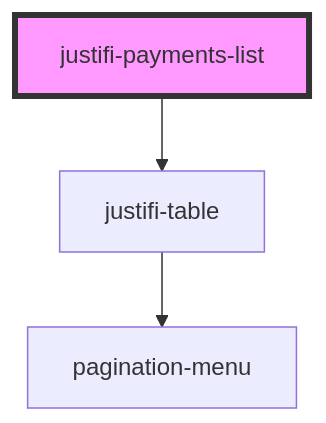
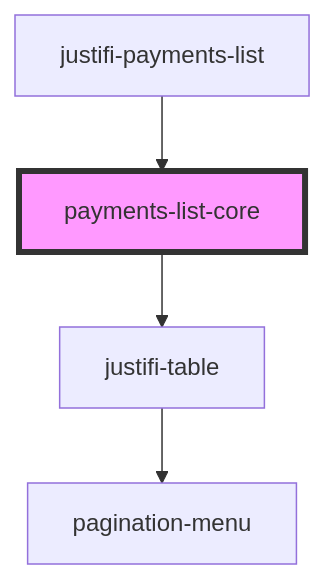
Before and after one commit to justifi-tech/web-component-library: the diagram in packages/webcomponents/src/components/payments-list/readme.md, drawn with Mermaid. The commit also changed other lines of this file and 33 other files, not shown here.

Commit message:
Separate business-form-stepped into new directory, delete unused schema files

````diff
--- a/packages/webcomponents/src/components/payments-list/readme.md
+++ b/packages/webcomponents/src/components/payments-list/readme.md
@@ -30,6 +33,7 @@
 ```mermaid
 graph TD;
-  justifi-payments-list --> justifi-table
+  payments-list-core --> justifi-table
   justifi-table --> pagination-menu
-  style justifi-payments-list fill:#f9f,stroke:#333,stroke-width:4px
+  justifi-payments-list --> payments-list-core
+  style payments-list-core fill:#f9f,stroke:#333,stroke-width:4px
 ```
````
